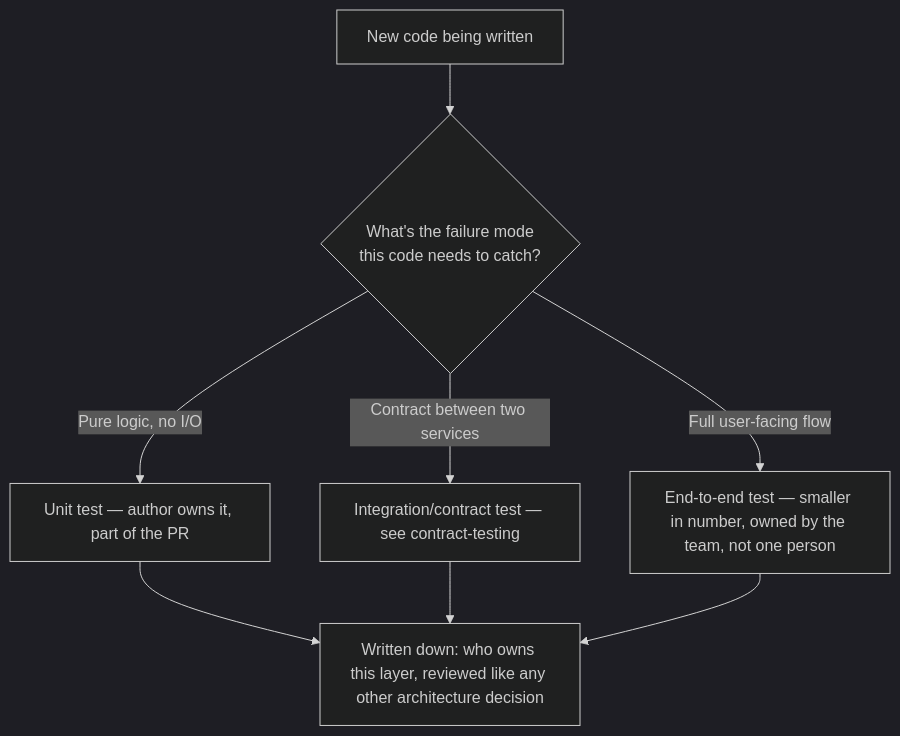
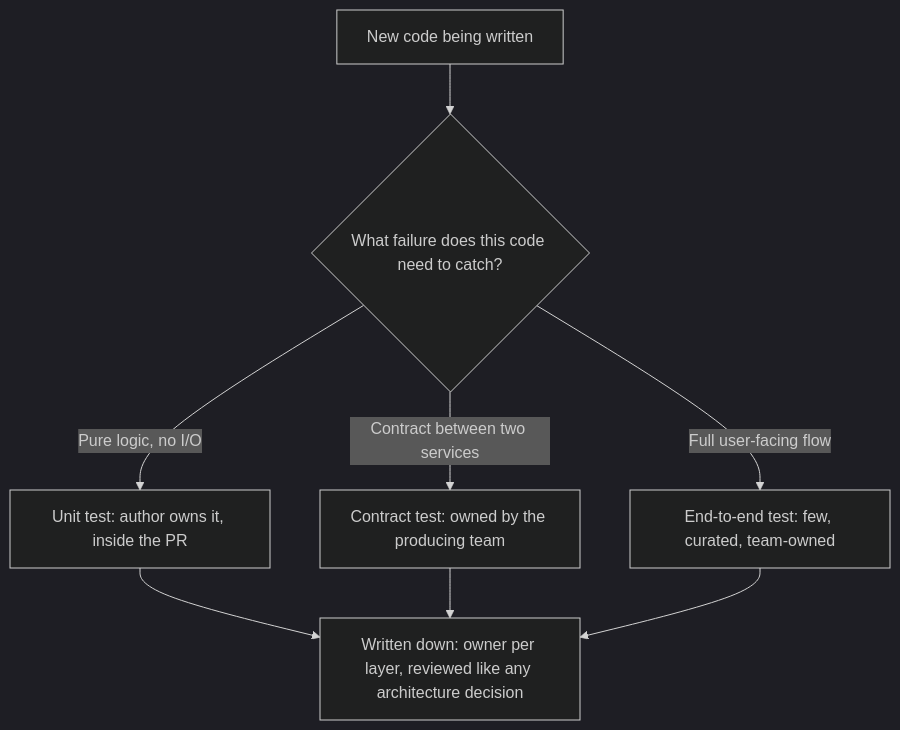
One commit to francoandreDev/knowledge changed the diagram in src/content/testing-quality/quality-culture/L2-concept.mdx. Above: the diagram before and after it, drawn with Mermaid (dark theme). The commit also changed other lines of this file and 20 other files, not shown here.

````diff
--- a/src/content/testing-quality/quality-culture/L2-concept.mdx
+++ b/src/content/testing-quality/quality-culture/L2-concept.mdx
@@ -82,10 +38,10 @@
 ```mermaid
 flowchart TD
-    A[New code being written] --> B{What's the failure mode\nthis code needs to catch?}
-    B -->|Pure logic, no I/O| C[Unit test — author owns it, part of the PR]
-    B -->|Contract between two services| D[Integration/contract test — see contract-testing]
-    B -->|Full user-facing flow| E[End-to-end test — smaller in number, owned by the team, not one person]
-    C --> F[Written down: who owns this layer, reviewed like any other architecture decision]
+    A[New code being written] --> B{What failure does this code need to catch?}
+    B -->|Pure logic, no I/O| C[Unit test: author owns it, inside the PR]
+    B -->|Contract between two services| D[Contract test: owned by the producing team]
+    B -->|Full user-facing flow| E[End-to-end test: few, curated, team-owned]
+    C --> F[Written down: owner per layer, reviewed like any architecture decision]
     D --> F
     E --> F
 ```
````
